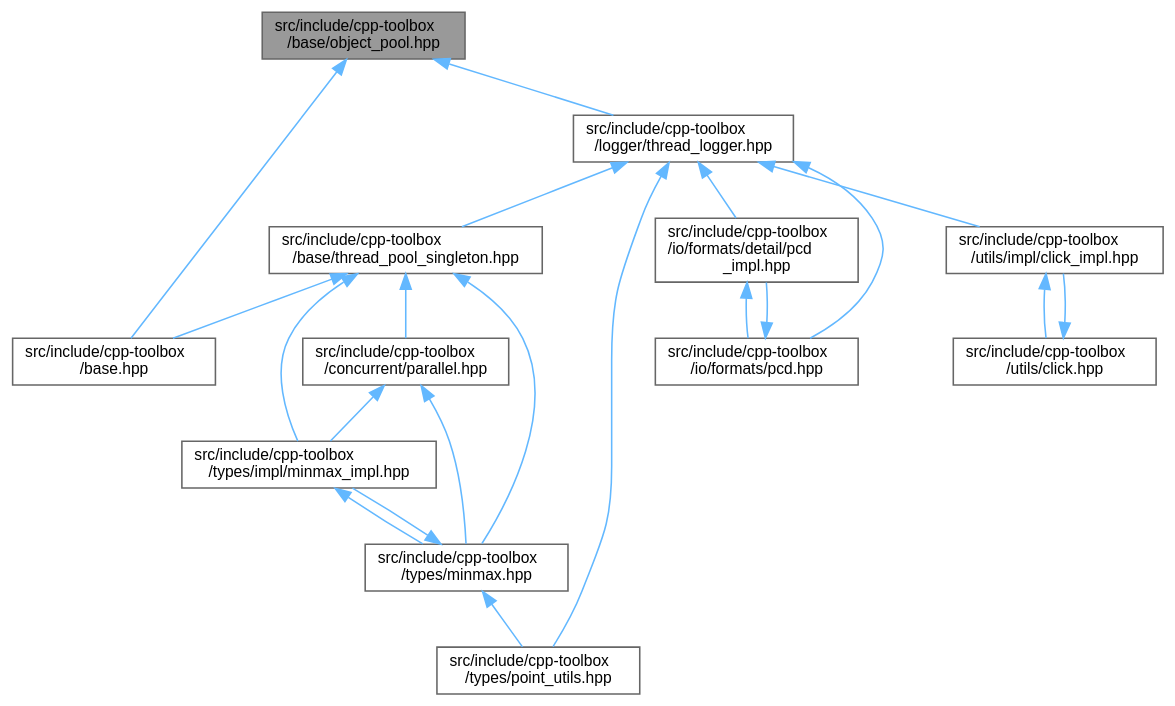
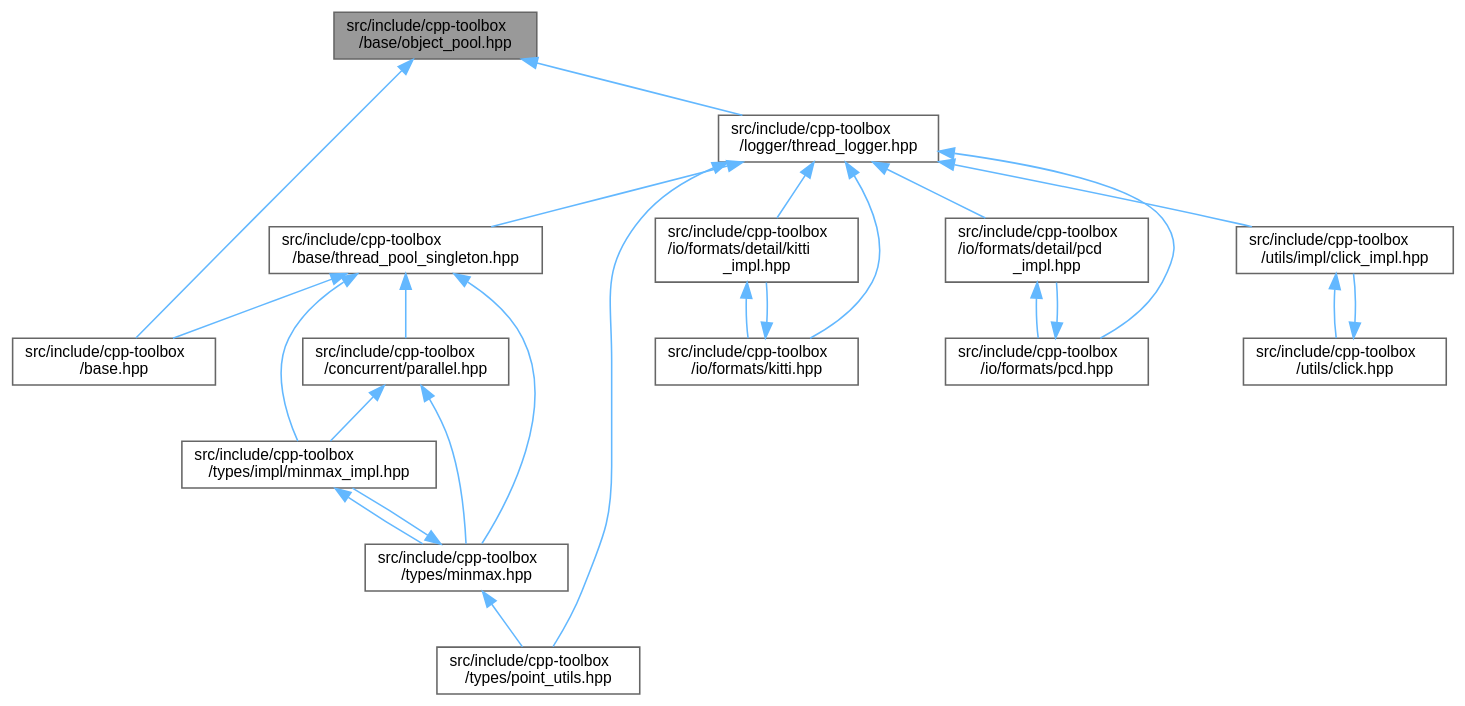
Before and after one commit to nerdneilsfield/cpp-toolbox: the diagram in object__pool_8hpp__dep__incl.dot, drawn with Graphviz. The commit also changed 145 other files, not shown here.

```diff
--- a/object__pool_8hpp__dep__incl.dot
+++ b/object__pool_8hpp__dep__incl.dot
@@ -1,39 +1,45 @@
 digraph "src/include/cpp-toolbox/base/object_pool.hpp"
 {
  // LATEX_PDF_SIZE
   bgcolor="transparent";
   edge [fontname=Helvetica,fontsize=10,labelfontname=Helvetica,labelfontsize=10];
   node [fontname=Helvetica,fontsize=10,shape=box,height=0.2,width=0.4];
   Node1 [id="Node000001",label="src/include/cpp-toolbox\l/base/object_pool.hpp",height=0.2,width=0.4,color="gray40", fillcolor="grey60", style="filled", fontcolor="black",tooltip=" "];
   Node1 -> Node2 [id="edge1_Node000001_Node000002",dir="back",color="steelblue1",style="solid",tooltip=" "];
   Node2 [id="Node000002",label="src/include/cpp-toolbox\l/base.hpp",height=0.2,width=0.4,color="grey40", fillcolor="white", style="filled",URL="$base_8hpp.html",tooltip=" "];
   Node1 -> Node3 [id="edge2_Node000001_Node000003",dir="back",color="steelblue1",style="solid",tooltip=" "];
   Node3 [id="Node000003",label="src/include/cpp-toolbox\l/logger/thread_logger.hpp",height=0.2,width=0.4,color="grey40", fillcolor="white", style="filled",URL="$thread__logger_8hpp.html",tooltip=" "];
   Node3 -> Node4 [id="edge3_Node000003_Node000004",dir="back",color="steelblue1",style="solid",tooltip=" "];
   Node4 [id="Node000004",label="src/include/cpp-toolbox\l/base/thread_pool_singleton.hpp",height=0.2,width=0.4,color="grey40", fillcolor="white", style="filled",URL="$thread__pool__singleton_8hpp.html",tooltip=" "];
   Node4 -> Node2 [id="edge4_Node000004_Node000002",dir="back",color="steelblue1",style="solid",tooltip=" "];
   Node4 -> Node5 [id="edge5_Node000004_Node000005",dir="back",color="steelblue1",style="solid",tooltip=" "];
   Node5 [id="Node000005",label="src/include/cpp-toolbox\l/concurrent/parallel.hpp",height=0.2,width=0.4,color="grey40", fillcolor="white", style="filled",URL="$parallel_8hpp.html",tooltip=" "];
   Node5 -> Node6 [id="edge6_Node000005_Node000006",dir="back",color="steelblue1",style="solid",tooltip=" "];
   Node6 [id="Node000006",label="src/include/cpp-toolbox\l/types/impl/minmax_impl.hpp",height=0.2,width=0.4,color="grey40", fillcolor="white", style="filled",URL="$minmax__impl_8hpp.html",tooltip=" "];
   Node6 -> Node7 [id="edge7_Node000006_Node000007",dir="back",color="steelblue1",style="solid",tooltip=" "];
   Node7 [id="Node000007",label="src/include/cpp-toolbox\l/types/minmax.hpp",height=0.2,width=0.4,color="grey40", fillcolor="white", style="filled",URL="$minmax_8hpp.html",tooltip=" "];
   Node7 -> Node6 [id="edge8_Node000007_Node000006",dir="back",color="steelblue1",style="solid",tooltip=" "];
   Node7 -> Node8 [id="edge9_Node000007_Node000008",dir="back",color="steelblue1",style="solid",tooltip=" "];
   Node8 [id="Node000008",label="src/include/cpp-toolbox\l/types/point_utils.hpp",height=0.2,width=0.4,color="grey40", fillcolor="white", style="filled",URL="$point__utils_8hpp.html",tooltip=" "];
   Node5 -> Node7 [id="edge10_Node000005_Node000007",dir="back",color="steelblue1",style="solid",tooltip=" "];
   Node4 -> Node6 [id="edge11_Node000004_Node000006",dir="back",color="steelblue1",style="solid",tooltip=" "];
   Node4 -> Node7 [id="edge12_Node000004_Node000007",dir="back",color="steelblue1",style="solid",tooltip=" "];
   Node3 -> Node9 [id="edge13_Node000003_Node000009",dir="back",color="steelblue1",style="solid",tooltip=" "];
-  Node9 [id="Node000009",label="src/include/cpp-toolbox\l/io/formats/detail/pcd\l_impl.hpp",height=0.2,width=0.4,color="grey40", fillcolor="white", style="filled",URL="$pcd__impl_8hpp.html",tooltip="此文件包含 pcd_format_t 的模板实现/This file contains the template implementations for pcd_format_t"];
+  Node9 [id="Node000009",label="src/include/cpp-toolbox\l/io/formats/detail/kitti\l_impl.hpp",height=0.2,width=0.4,color="grey40", fillcolor="white", style="filled",URL="$kitti__impl_8hpp.html",tooltip=" "];
   Node9 -> Node10 [id="edge14_Node000009_Node000010",dir="back",color="steelblue1",style="solid",tooltip=" "];
-  Node10 [id="Node000010",label="src/include/cpp-toolbox\l/io/formats/pcd.hpp",height=0.2,width=0.4,color="grey40", fillcolor="white", style="filled",URL="$pcd_8hpp.html",tooltip=" "];
+  Node10 [id="Node000010",label="src/include/cpp-toolbox\l/io/formats/kitti.hpp",height=0.2,width=0.4,color="grey40", fillcolor="white", style="filled",URL="$kitti_8hpp.html",tooltip=" "];
   Node10 -> Node9 [id="edge15_Node000010_Node000009",dir="back",color="steelblue1",style="solid",tooltip=" "];
-  Node3 -> Node10 [id="edge16_Node000003_Node000010",dir="back",color="steelblue1",style="solid",tooltip=" "];
-  Node3 -> Node8 [id="edge17_Node000003_Node000008",dir="back",color="steelblue1",style="solid",tooltip=" "];
-  Node3 -> Node11 [id="edge18_Node000003_Node000011",dir="back",color="steelblue1",style="solid",tooltip=" "];
-  Node11 [id="Node000011",label="src/include/cpp-toolbox\l/utils/impl/click_impl.hpp",height=0.2,width=0.4,color="grey40", fillcolor="white", style="filled",URL="$click__impl_8hpp.html",tooltip=" "];
-  Node11 -> Node12 [id="edge19_Node000011_Node000012",dir="back",color="steelblue1",style="solid",tooltip=" "];
-  Node12 [id="Node000012",label="src/include/cpp-toolbox\l/utils/click.hpp",height=0.2,width=0.4,color="grey40", fillcolor="white", style="filled",URL="$click_8hpp.html",tooltip=" "];
-  Node12 -> Node11 [id="edge20_Node000012_Node000011",dir="back",color="steelblue1",style="solid",tooltip=" "];
+  Node3 -> Node11 [id="edge16_Node000003_Node000011",dir="back",color="steelblue1",style="solid",tooltip=" "];
+  Node11 [id="Node000011",label="src/include/cpp-toolbox\l/io/formats/detail/pcd\l_impl.hpp",height=0.2,width=0.4,color="grey40", fillcolor="white", style="filled",URL="$pcd__impl_8hpp.html",tooltip="此文件包含 pcd_format_t 的模板实现/This file contains the template implementations for pcd_format_t"];
+  Node11 -> Node12 [id="edge17_Node000011_Node000012",dir="back",color="steelblue1",style="solid",tooltip=" "];
+  Node12 [id="Node000012",label="src/include/cpp-toolbox\l/io/formats/pcd.hpp",height=0.2,width=0.4,color="grey40", fillcolor="white", style="filled",URL="$pcd_8hpp.html",tooltip=" "];
+  Node12 -> Node11 [id="edge18_Node000012_Node000011",dir="back",color="steelblue1",style="solid",tooltip=" "];
+  Node3 -> Node10 [id="edge19_Node000003_Node000010",dir="back",color="steelblue1",style="solid",tooltip=" "];
+  Node3 -> Node12 [id="edge20_Node000003_Node000012",dir="back",color="steelblue1",style="solid",tooltip=" "];
+  Node3 -> Node8 [id="edge21_Node000003_Node000008",dir="back",color="steelblue1",style="solid",tooltip=" "];
+  Node3 -> Node13 [id="edge22_Node000003_Node000013",dir="back",color="steelblue1",style="solid",tooltip=" "];
+  Node13 [id="Node000013",label="src/include/cpp-toolbox\l/utils/impl/click_impl.hpp",height=0.2,width=0.4,color="grey40", fillcolor="white", style="filled",URL="$click__impl_8hpp.html",tooltip=" "];
+  Node13 -> Node14 [id="edge23_Node000013_Node000014",dir="back",color="steelblue1",style="solid",tooltip=" "];
+  Node14 [id="Node000014",label="src/include/cpp-toolbox\l/utils/click.hpp",height=0.2,width=0.4,color="grey40", fillcolor="white", style="filled",URL="$click_8hpp.html",tooltip=" "];
+  Node14 -> Node13 [id="edge24_Node000014_Node000013",dir="back",color="steelblue1",style="solid",tooltip=" "];
 }
```
